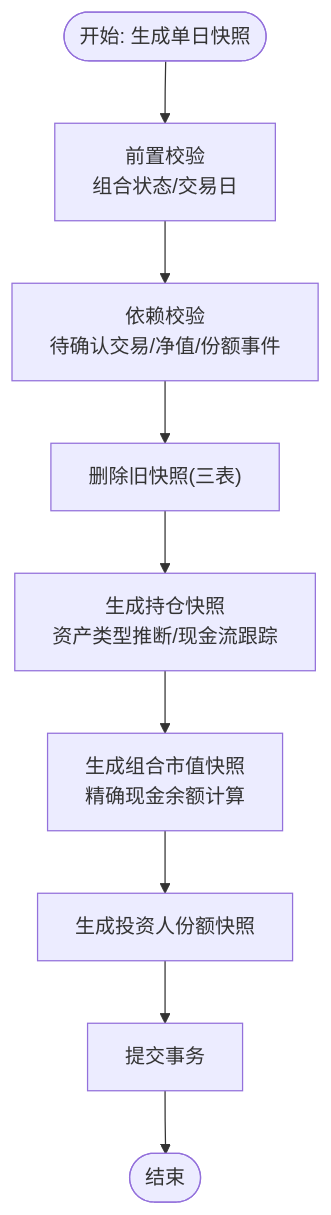
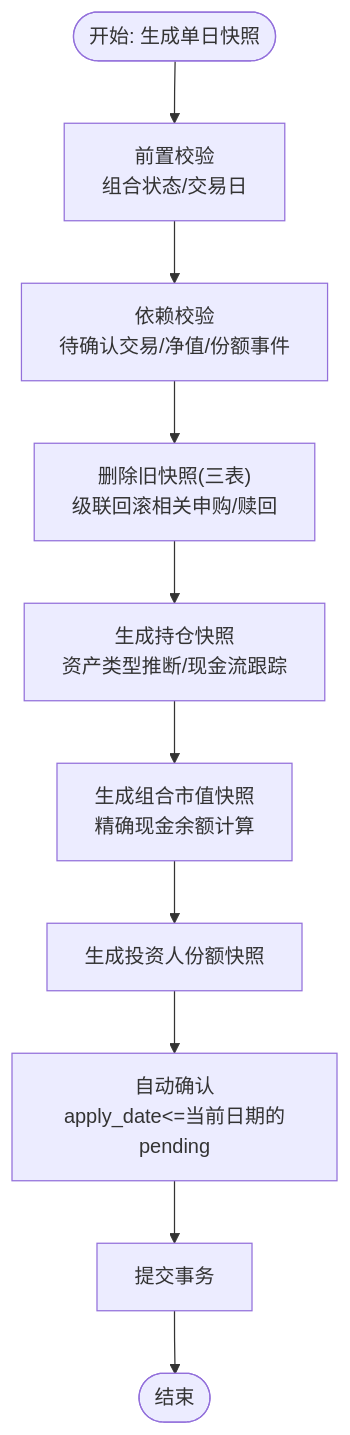
One commit to gujialind/InvestRing changed the third of 4 diagrams in .qoder/repowiki/zh/content/核心业务功能/净值快照系统.md. Above: the diagram before and after it, drawn with Mermaid. The commit also changed other lines of this file and 39 other files, not shown here.

````diff
--- a/.qoder/repowiki/zh/content/核心业务功能/净值快照系统.md
+++ b/.qoder/repowiki/zh/content/核心业务功能/净值快照系统.md
@@ -183,11 +193,12 @@
 ```mermaid
 flowchart TD
 Start(["开始: 生成单日快照"]) --> PreCheck["前置校验<br/>组合状态/交易日"]
 PreCheck --> DepCheck["依赖校验<br/>待确认交易/净值/份额事件"]
-DepCheck --> DeleteOld["删除旧快照(三表)"]
+DepCheck --> DeleteOld["删除旧快照(三表)<br/>级联回滚相关申购/赎回"]
 DeleteOld --> GenPos["生成持仓快照<br/>资产类型推断/现金流跟踪"]
 GenPos --> GenVal["生成组合市值快照<br/>精确现金余额计算"]
 GenVal --> GenHold["生成投资人份额快照"]
-GenHold --> Commit["提交事务"]
+GenHold --> AutoConfirm["自动确认<br/>apply_date<=当前日期的pending"]
+AutoConfirm --> Commit["提交事务"]
 Commit --> End(["结束"])
 ```
````
